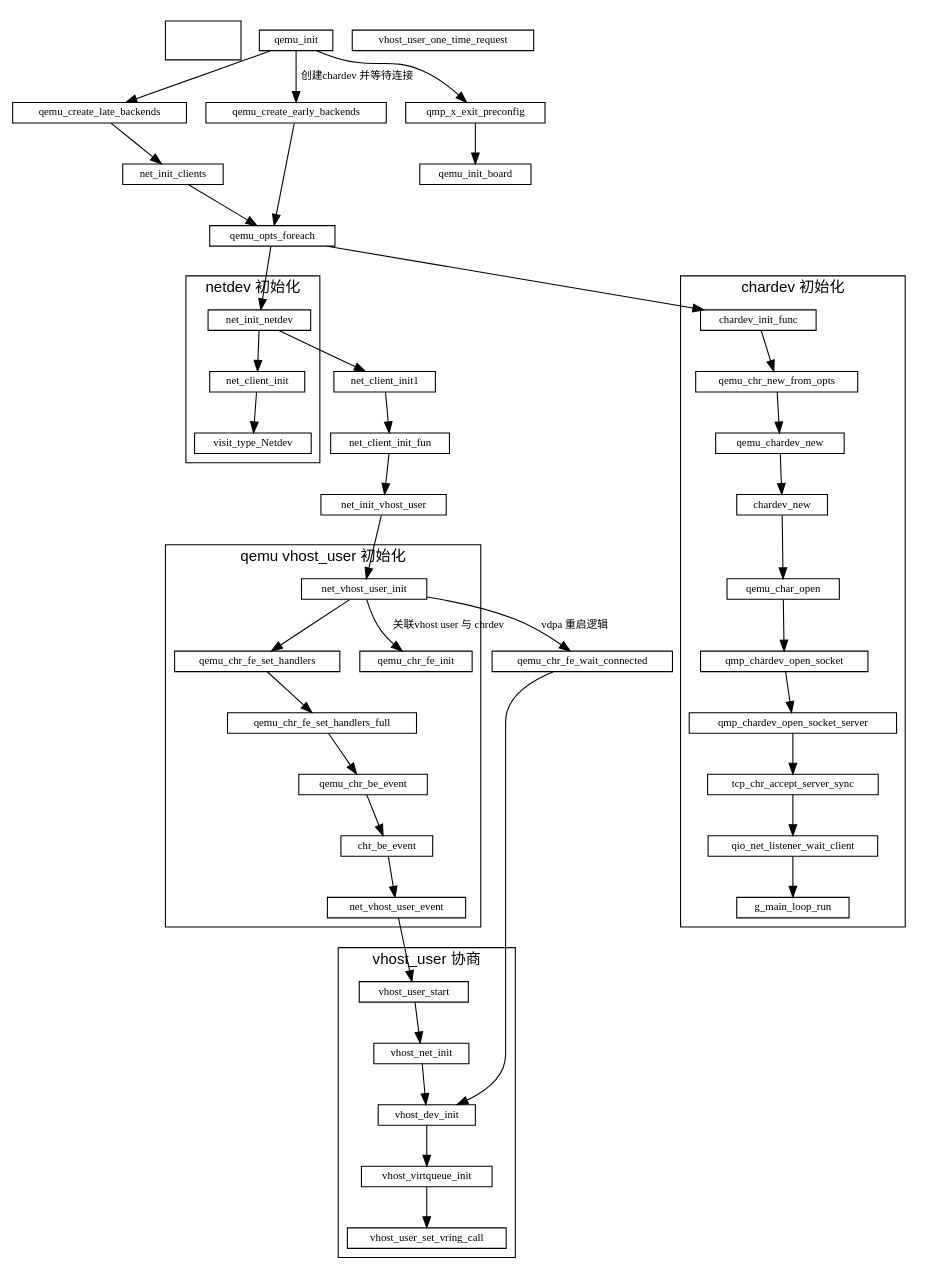
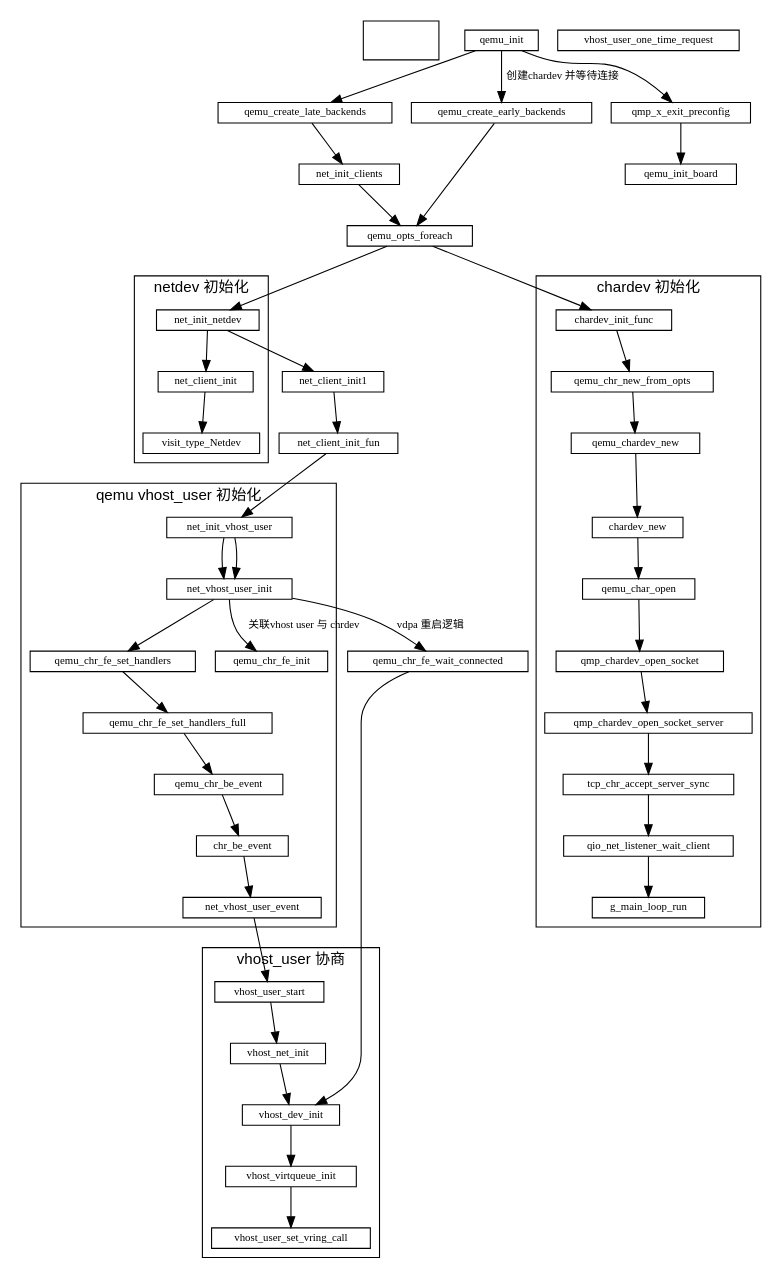
One commit to sisyphus1212/note changed the diagram in qemu/qemu初始化.md. Above: the diagram before and after it, drawn with Graphviz.

Commit message:
auto_update

```diff
--- a/qemu/qemu初始化.md
+++ b/qemu/qemu初始化.md
@@ -31,7 +31,6 @@
               -> net_init_vhost_user
               -> net_vhost_user_init
               net_vhost_user_init -> qemu_chr_fe_wait_connected[label="vdpa 重启逻辑"]
-
               qemu_chr_fe_wait_connected
               -> vhost_dev_init
     qemu_init -> qemu_create_early_backends[label="创建chardev 并等待连接"]
@@ -64,7 +63,7 @@
     subgraph vhost_user_init {
         label="qemu vhost_user 初始化";
         cluster=true;
-        net_vhost_user_init -> qemu_chr_fe_set_handlers
+        net_init_vhost_user->net_vhost_user_init -> qemu_chr_fe_set_handlers
                             -> qemu_chr_fe_set_handlers_full
                             -> qemu_chr_be_event
                             -> chr_be_event
```
